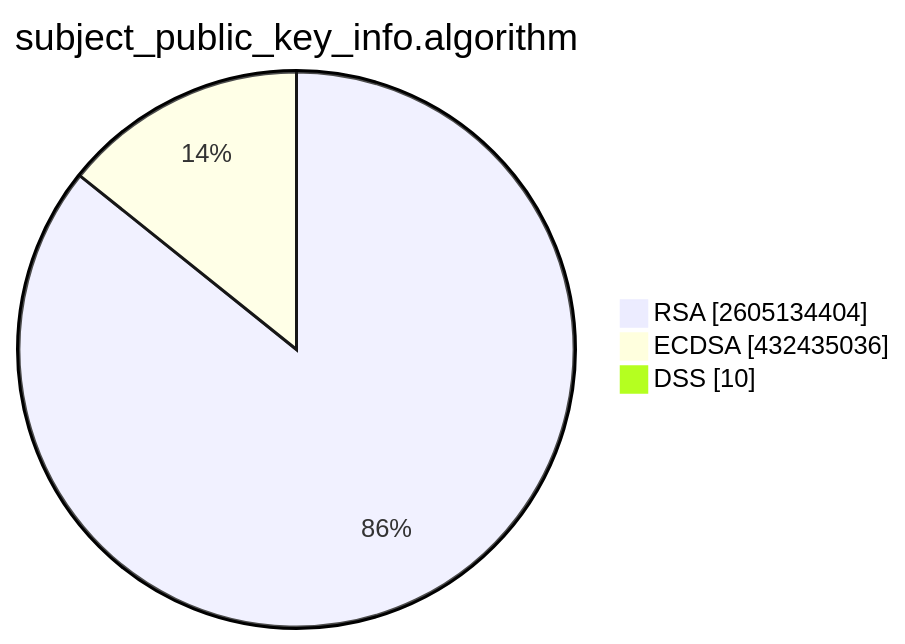
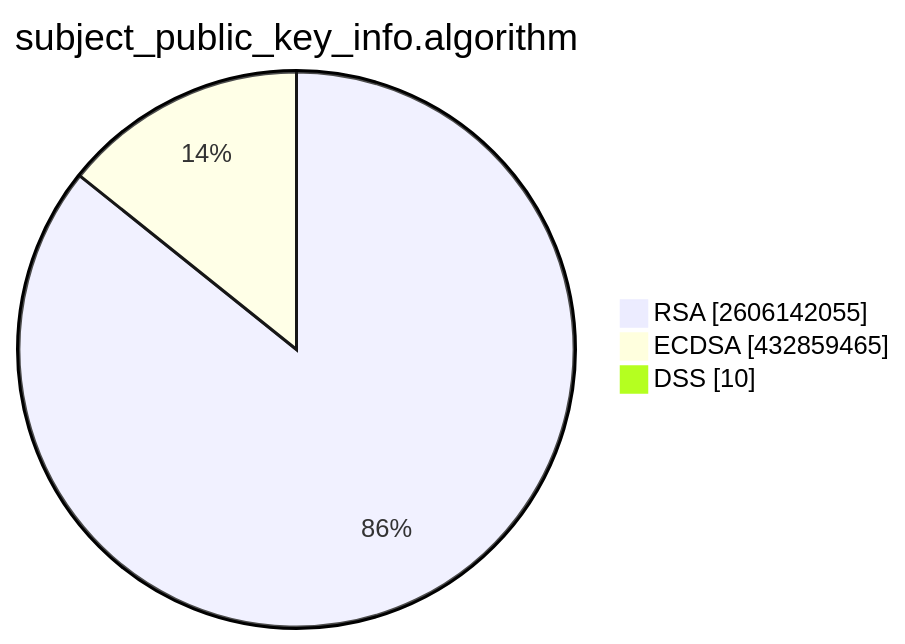
One commit to christiankrug/ctmonitor_visualization changed the second of 15 diagrams in TOTAL/README.md. Above: the diagram before and after it, drawn with Mermaid. The commit also changed other lines of this file, not shown here.

````diff
--- a/TOTAL/README.md
+++ b/TOTAL/README.md
@@ -6,7 +6,7 @@
 ```mermaid
 pie showData
 title subject_public_key_info.algorithm
-"RSA" :2605134404
-"ECDSA" :432435036
+"RSA" :2606142055
+"ECDSA" :432859465
 "DSS" :10
 ```
````
